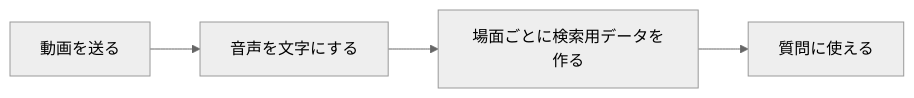
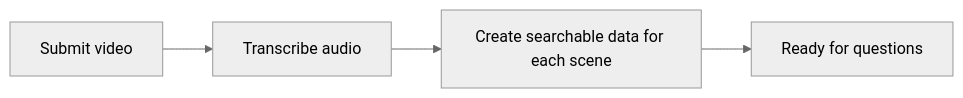
The diagram in docs/getting-started/first-walkthrough.md (yukiharada1228/videoq), drawn with Mermaid (neutral theme) before and after one commit. The commit also changed other lines of this file and 79 other files, not shown here.

````diff
--- a/docs/getting-started/first-walkthrough.md
+++ b/docs/getting-started/first-walkthrough.md
@@ -22,6 +22,6 @@
 ```mermaid
 flowchart LR
-    A[動画を送る] --> B[音声を文字にする]
-    B --> C[場面ごとに検索用データを作る]
-    C --> D[質問に使える]
+    A[Submit video] --> B[Transcribe audio]
+    B --> C[Create searchable data for each scene]
+    C --> D[Ready for questions]
 ```
````
